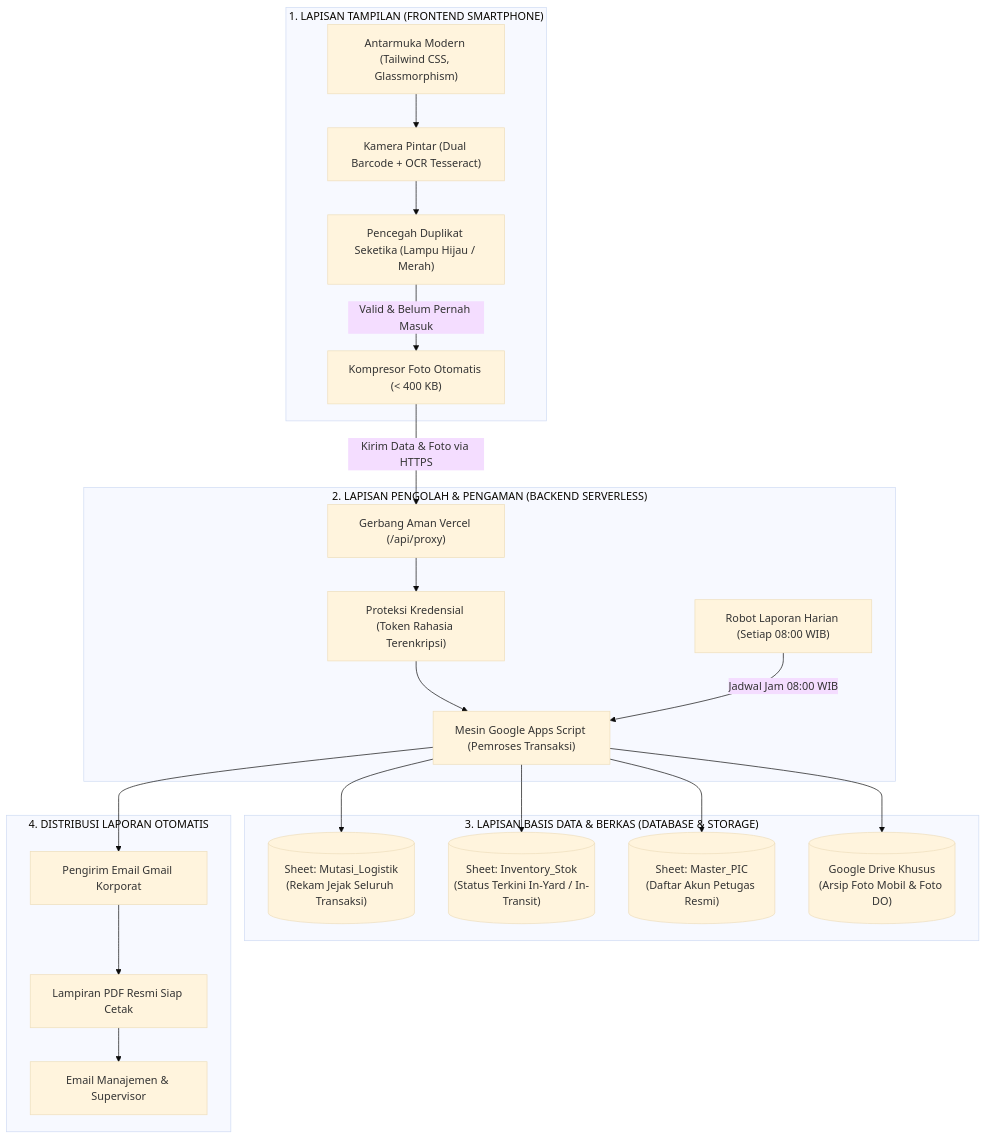
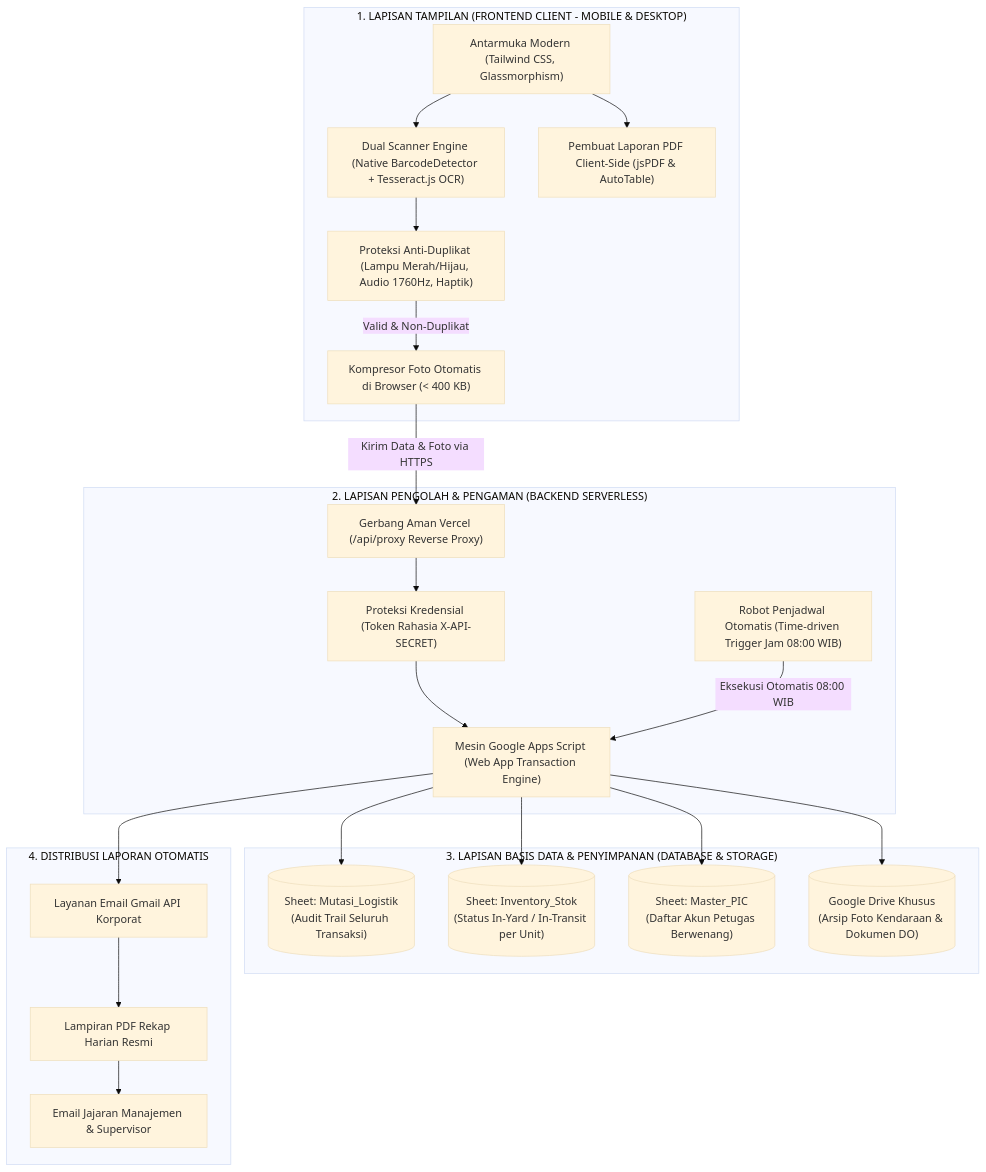
The first of 2 diagrams in PRD.md (miyuraa1001/Management-StockYard), drawn with Mermaid (base theme) before and after one commit. The commit also changed other lines of this file, not shown here.

````diff
--- a/PRD.md
+++ b/PRD.md
@@ -46,44 +282,46 @@
 ```mermaid
 flowchart TD
-    subgraph Frontend["1. LAPISAN TAMPILAN (FRONTEND SMARTPHONE)"]
+    subgraph Frontend["1. LAPISAN TAMPILAN (FRONTEND CLIENT - MOBILE & DESKTOP)"]
         UI["Antarmuka Modern (Tailwind CSS, Glassmorphism)"]
-        Cam["Kamera Pintar (Dual Barcode + OCR Tesseract)"]
-        Compress["Kompresor Foto Otomatis (< 400 KB)"]
-        DupeCheck["Pencegah Duplikat Seketika (Lampu Hijau / Merah)"]
+        Scanner["Dual Scanner Engine (Native BarcodeDetector + Tesseract.js OCR)"]
+        Compress["Kompresor Foto Otomatis di Browser (< 400 KB)"]
+        Sensor["Proteksi Anti-Duplikat (Lampu Merah/Hijau, Audio 1760Hz, Haptik)"]
+        ClientPDF["Pembuat Laporan PDF Client-Side (jsPDF & AutoTable)"]
     end
 
     subgraph Backend["2. LAPISAN PENGOLAH & PENGAMAN (BACKEND SERVERLESS)"]
-        Proxy["Gerbang Aman Vercel (/api/proxy)"]
-        Secret["Proteksi Kredensial (Token Rahasia Terenkripsi)"]
-        GAS["Mesin Google Apps Script (Pemroses Transaksi)"]
-        Cron["Robot Laporan Harian (Setiap 08:00 WIB)"]
+        Proxy["Gerbang Aman Vercel (/api/proxy Reverse Proxy)"]
+        Secret["Proteksi Kredensial (Token Rahasia X-API-SECRET)"]
+        GAS["Mesin Google Apps Script (Web App Transaction Engine)"]
+        Cron["Robot Penjadwal Otomatis (Time-driven Trigger Jam 08:00 WIB)"]
     end
 
-    subgraph Database["3. LAPISAN BASIS DATA & BERKAS (DATABASE & STORAGE)"]
-        Sheet1[("Sheet: Mutasi_Logistik\n(Rekam Jejak Seluruh Transaksi)")]
-        Sheet2[("Sheet: Inventory_Stok\n(Status Terkini In-Yard / In-Transit)")]
-        Sheet3[("Sheet: Master_PIC\n(Daftar Akun Petugas Resmi)")]
-        Drive[("Google Drive Khusus\n(Arsip Foto Mobil & Foto DO)")]
+    subgraph Database["3. LAPISAN BASIS DATA & PENYIMPANAN (DATABASE & STORAGE)"]
+        Sheet1[("Sheet: Mutasi_Logistik\n(Audit Trail Seluruh Transaksi)")]
+        Sheet2[("Sheet: Inventory_Stok\n(Status In-Yard / In-Transit per Unit)")]
+        Sheet3[("Sheet: Master_PIC\n(Daftar Akun Petugas Berwenang)")]
+        Drive[("Google Drive Khusus\n(Arsip Foto Kendaraan & Dokumen DO)")]
     end
 
     subgraph Output["4. DISTRIBUSI LAPORAN OTOMATIS"]
-        EmailService["Pengirim Email Gmail Korporat"]
-        PDF["Lampiran PDF Resmi Siap Cetak"]
-        Management["Email Manajemen & Supervisor"]
+        Gmail["Layanan Email Gmail API Korporat"]
+        PDF["Lampiran PDF Rekap Harian Resmi"]
+        Audience["Email Jajaran Manajemen & Supervisor"]
     end
 
-    UI --> Cam
-    Cam --> DupeCheck
-    DupeCheck -->|Valid & Belum Pernah Masuk| Compress
+    UI --> Scanner
+    Scanner --> Sensor
+    Sensor -->|Valid & Non-Duplikat| Compress
     Compress -->|Kirim Data & Foto via HTTPS| Proxy
     Proxy --> Secret
     Secret --> GAS
     GAS --> Sheet1
     GAS --> Sheet2
     GAS --> Sheet3
     GAS --> Drive
-    Cron -->|Jadwal Jam 08:00 WIB| GAS
-    GAS --> EmailService
-    EmailService --> PDF
-    PDF --> Management
+    Cron -->|Eksekusi Otomatis 08:00 WIB| GAS
+    GAS --> Gmail
+    Gmail --> PDF
+    PDF --> Audience
+    UI --> ClientPDF
 ```
````
